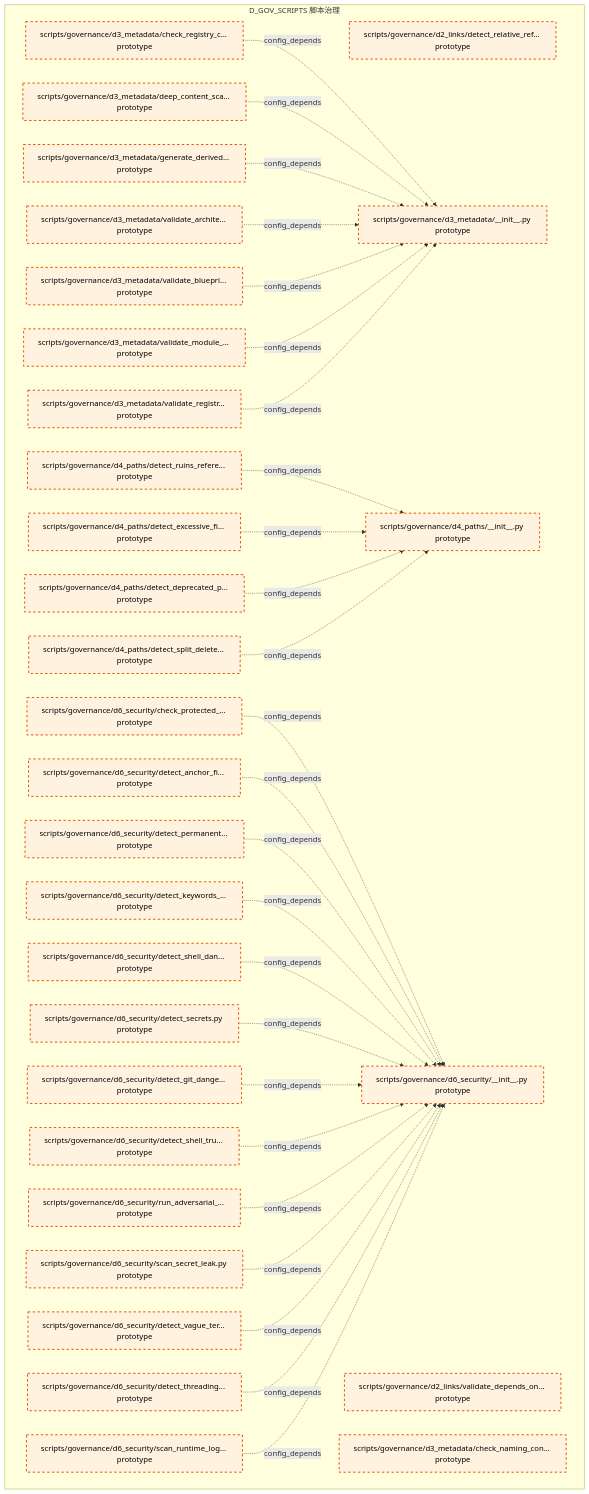
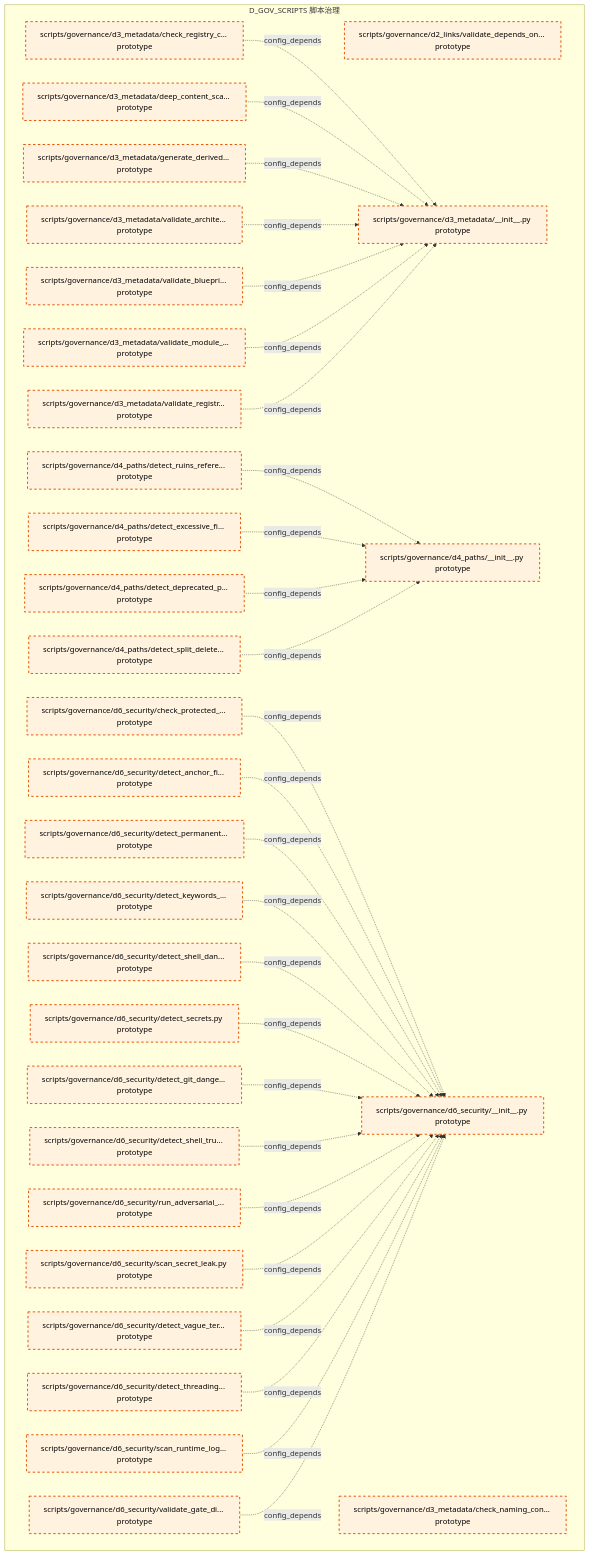
The seventh of 13 diagrams in docs/02_enterprise_architecture/02_domain_architecture_docs/39_d_gov_scripts.md (xuanFelixVan/ZephyrAlpha), drawn with Mermaid before and after one commit. The commit also changed other lines of this file and 105 other files, not shown here.

First line of the commit message:
chore(docs): auto-regenerate domain docs by GitCommitGateway post-commit

````diff
--- a/docs/02_enterprise_architecture/02_domain_architecture_docs/39_d_gov_scripts.md
+++ b/docs/02_enterprise_architecture/02_domain_architecture_docs/39_d_gov_scripts.md
@@ -453,64 +450,65 @@
 ```mermaid
 graph TD
     subgraph D_GOV_SCRIPTS["D_GOV_SCRIPTS 脚本治理"]
-        scripts_governance_d2_links_detect_relative_references_py["scripts/governance/d2_links/detect_relative_ref... prototype"]
         scripts_governance_d2_links_validate_depends_on_format_py["scripts/governance/d2_links/validate_depends_on... prototype"]
         scripts_governance_d3_metadata_init_py["scripts/governance/d3_metadata/__init__.py prototype"]
         scripts_governance_d3_metadata_check_naming_convention_py["scripts/governance/d3_metadata/check_naming_con... prototype"]
         scripts_governance_d3_metadata_check_registry_consistency_py["scripts/governance/d3_metadata/check_registry_c... prototype"]
         scripts_governance_d3_metadata_deep_content_scanner_py["scripts/governance/d3_metadata/deep_content_sca... prototype"]
         scripts_governance_d3_metadata_generate_derived_files_py["scripts/governance/d3_metadata/generate_derived... prototype"]
         scripts_governance_d3_metadata_validate_architecture_py["scripts/governance/d3_metadata/validate_archite... prototype"]
         scripts_governance_d3_metadata_validate_blueprint_provenance_py["scripts/governance/d3_metadata/validate_bluepri... prototype"]
         scripts_governance_d3_metadata_validate_module_id_py["scripts/governance/d3_metadata/validate_module_... prototype"]
         scripts_governance_d3_metadata_validate_registry_master_index_py["scripts/governance/d3_metadata/validate_registr... prototype"]
         scripts_governance_d4_paths_init_py["scripts/governance/d4_paths/__init__.py prototype"]
         scripts_governance_d4_paths_detect_deprecated_path_writes_py["scripts/governance/d4_paths/detect_deprecated_p... prototype"]
         scripts_governance_d4_paths_detect_excessive_file_moves_py["scripts/governance/d4_paths/detect_excessive_fi... prototype"]
         scripts_governance_d4_paths_detect_ruins_references_py["scripts/governance/d4_paths/detect_ruins_refere... prototype"]
         scripts_governance_d4_paths_detect_split_delete_ref_commit_py["scripts/governance/d4_paths/detect_split_delete... prototype"]
         scripts_governance_d6_security_init_py["scripts/governance/d6_security/__init__.py prototype"]
         scripts_governance_d6_security_check_protected_paths_py["scripts/governance/d6_security/check_protected_... prototype"]
         scripts_governance_d6_security_detect_anchor_file_deletion_py["scripts/governance/d6_security/detect_anchor_fi... prototype"]
         scripts_governance_d6_security_detect_git_dangerous_py["scripts/governance/d6_security/detect_git_dange... prototype"]
         scripts_governance_d6_security_detect_keywords_in_logs_py["scripts/governance/d6_security/detect_keywords_... prototype"]
         scripts_governance_d6_security_detect_permanent_file_deletion_py["scripts/governance/d6_security/detect_permanent... prototype"]
         scripts_governance_d6_security_detect_secrets_py["scripts/governance/d6_security/detect_secrets.py prototype"]
         scripts_governance_d6_security_detect_shell_dangerous_py["scripts/governance/d6_security/detect_shell_dan... prototype"]
         scripts_governance_d6_security_detect_shell_true_py["scripts/governance/d6_security/detect_shell_tru... prototype"]
         scripts_governance_d6_security_detect_threading_lock_py["scripts/governance/d6_security/detect_threading... prototype"]
         scripts_governance_d6_security_detect_vague_terms_py["scripts/governance/d6_security/detect_vague_ter... prototype"]
         scripts_governance_d6_security_run_adversarial_checks_py["scripts/governance/d6_security/run_adversarial_... prototype"]
         scripts_governance_d6_security_scan_runtime_log_secrets_py["scripts/governance/d6_security/scan_runtime_log... prototype"]
         scripts_governance_d6_security_scan_secret_leak_py["scripts/governance/d6_security/scan_secret_leak.py prototype"]
+        scripts_governance_d6_security_validate_gate_discipline_py["scripts/governance/d6_security/validate_gate_di... prototype"]
     end
     scripts_governance_d3_metadata_check_registry_consistency_py -.->|config_depends| scripts_governance_d3_metadata_init_py
     scripts_governance_d3_metadata_deep_content_scanner_py -.->|config_depends| scripts_governance_d3_metadata_init_py
     scripts_governance_d3_metadata_generate_derived_files_py -.->|config_depends| scripts_governance_d3_metadata_init_py
     scripts_governance_d3_metadata_validate_architecture_py -.->|config_depends| scripts_governance_d3_metadata_init_py
     scripts_governance_d3_metadata_validate_blueprint_provenance_py -.->|config_depends| scripts_governance_d3_metadata_init_py
     scripts_governance_d3_metadata_validate_module_id_py -.->|config_depends| scripts_governance_d3_metadata_init_py
     scripts_governance_d3_metadata_validate_registry_master_index_py -.->|config_depends| scripts_governance_d3_metadata_init_py
     scripts_governance_d4_paths_detect_ruins_references_py -.->|config_depends| scripts_governance_d4_paths_init_py
     scripts_governance_d4_paths_detect_excessive_file_moves_py -.->|config_depends| scripts_governance_d4_paths_init_py
     scripts_governance_d4_paths_detect_deprecated_path_writes_py -.->|config_depends| scripts_governance_d4_paths_init_py
     scripts_governance_d4_paths_detect_split_delete_ref_commit_py -.->|config_depends| scripts_governance_d4_paths_init_py
     scripts_governance_d6_security_check_protected_paths_py -.->|config_depends| scripts_governance_d6_security_init_py
     scripts_governance_d6_security_detect_anchor_file_deletion_py -.->|config_depends| scripts_governance_d6_security_init_py
     scripts_governance_d6_security_detect_permanent_file_deletion_py -.->|config_depends| scripts_governance_d6_security_init_py
     scripts_governance_d6_security_detect_keywords_in_logs_py -.->|config_depends| scripts_governance_d6_security_init_py
     scripts_governance_d6_security_detect_shell_dangerous_py -.->|config_depends| scripts_governance_d6_security_init_py
     scripts_governance_d6_security_detect_secrets_py -.->|config_depends| scripts_governance_d6_security_init_py
     scripts_governance_d6_security_detect_git_dangerous_py -.->|config_depends| scripts_governance_d6_security_init_py
     scripts_governance_d6_security_detect_shell_true_py -.->|config_depends| scripts_governance_d6_security_init_py
     scripts_governance_d6_security_run_adversarial_checks_py -.->|config_depends| scripts_governance_d6_security_init_py
     scripts_governance_d6_security_scan_secret_leak_py -.->|config_depends| scripts_governance_d6_security_init_py
     scripts_governance_d6_security_detect_vague_terms_py -.->|config_depends| scripts_governance_d6_security_init_py
     scripts_governance_d6_security_detect_threading_lock_py -.->|config_depends| scripts_governance_d6_security_init_py
     scripts_governance_d6_security_scan_runtime_log_secrets_py -.->|config_depends| scripts_governance_d6_security_init_py
+    scripts_governance_d6_security_validate_gate_discipline_py -.->|config_depends| scripts_governance_d6_security_init_py
     classDef production fill:#e1f5fe,stroke:#01579b,stroke-width:2px,color:#000
     classDef design fill:#fff3e0,stroke:#e65100,stroke-width:2px,color:#000,stroke-dasharray: 5 5
     classDef external_prod fill:#e8f5e9,stroke:#1b5e20,stroke-width:1px,color:#000
     classDef external_design fill:#fce4ec,stroke:#880e4f,stroke-width:1px,color:#000,stroke-dasharray: 5 5
-    class scripts_governance_d2_links_detect_relative_references_py,scripts_governance_d2_links_validate_depends_on_format_py,scripts_governance_d3_metadata_init_py,scripts_governance_d3_metadata_check_naming_convention_py,scripts_governance_d3_metadata_check_registry_consistency_py,scripts_governance_d3_metadata_deep_content_scanner_py,scripts_governance_d3_metadata_generate_derived_files_py,scripts_governance_d3_metadata_validate_architecture_py,scripts_governance_d3_metadata_validate_blueprint_provenance_py,scripts_governance_d3_metadata_validate_module_id_py,scripts_governance_d3_metadata_validate_registry_master_index_py,scripts_governance_d4_paths_init_py,scripts_governance_d4_paths_detect_deprecated_path_writes_py,scripts_governance_d4_paths_detect_excessive_file_moves_py,scripts_governance_d4_paths_detect_ruins_references_py,scripts_governance_d4_paths_detect_split_delete_ref_commit_py,scripts_governance_d6_security_init_py,scripts_governance_d6_security_check_protected_paths_py,scripts_governance_d6_security_detect_anchor_file_deletion_py,scripts_governance_d6_security_detect_git_dangerous_py,scripts_governance_d6_security_detect_keywords_in_logs_py,scripts_governance_d6_security_detect_permanent_file_deletion_py,scripts_governance_d6_security_detect_secrets_py,scripts_governance_d6_security_detect_shell_dangerous_py,scripts_governance_d6_security_detect_shell_true_py,scripts_governance_d6_security_detect_threading_lock_py,scripts_governance_d6_security_detect_vague_terms_py,scripts_governance_d6_security_run_adversarial_checks_py,scripts_governance_d6_security_scan_runtime_log_secrets_py,scripts_governance_d6_security_scan_secret_leak_py design
+    class scripts_governance_d2_links_validate_depends_on_format_py,scripts_governance_d3_metadata_init_py,scripts_governance_d3_metadata_check_naming_convention_py,scripts_governance_d3_metadata_check_registry_consistency_py,scripts_governance_d3_metadata_deep_content_scanner_py,scripts_governance_d3_metadata_generate_derived_files_py,scripts_governance_d3_metadata_validate_architecture_py,scripts_governance_d3_metadata_validate_blueprint_provenance_py,scripts_governance_d3_metadata_validate_module_id_py,scripts_governance_d3_metadata_validate_registry_master_index_py,scripts_governance_d4_paths_init_py,scripts_governance_d4_paths_detect_deprecated_path_writes_py,scripts_governance_d4_paths_detect_excessive_file_moves_py,scripts_governance_d4_paths_detect_ruins_references_py,scripts_governance_d4_paths_detect_split_delete_ref_commit_py,scripts_governance_d6_security_init_py,scripts_governance_d6_security_check_protected_paths_py,scripts_governance_d6_security_detect_anchor_file_deletion_py,scripts_governance_d6_security_detect_git_dangerous_py,scripts_governance_d6_security_detect_keywords_in_logs_py,scripts_governance_d6_security_detect_permanent_file_deletion_py,scripts_governance_d6_security_detect_secrets_py,scripts_governance_d6_security_detect_shell_dangerous_py,scripts_governance_d6_security_detect_shell_true_py,scripts_governance_d6_security_detect_threading_lock_py,scripts_governance_d6_security_detect_vague_terms_py,scripts_governance_d6_security_run_adversarial_checks_py,scripts_governance_d6_security_scan_runtime_log_secrets_py,scripts_governance_d6_security_scan_secret_leak_py,scripts_governance_d6_security_validate_gate_discipline_py design
 ```
````
